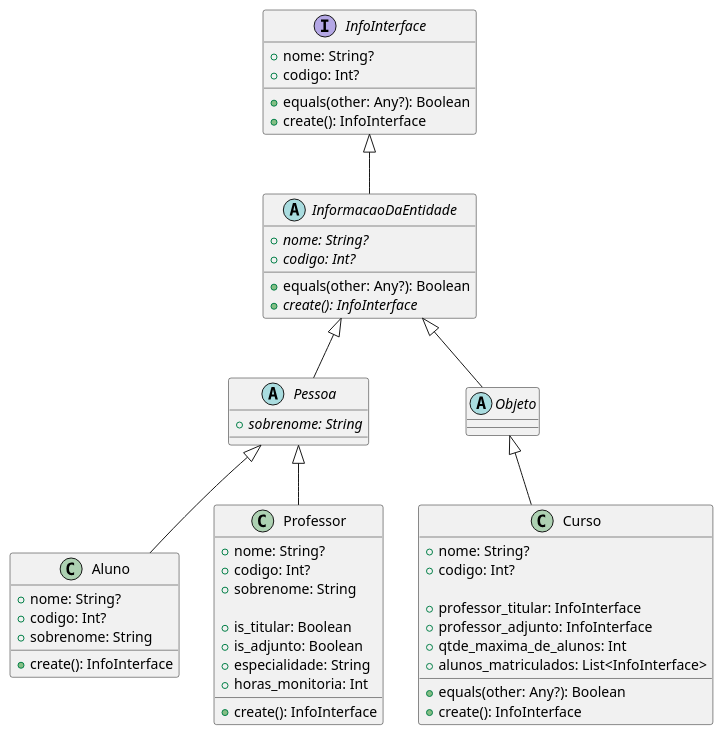
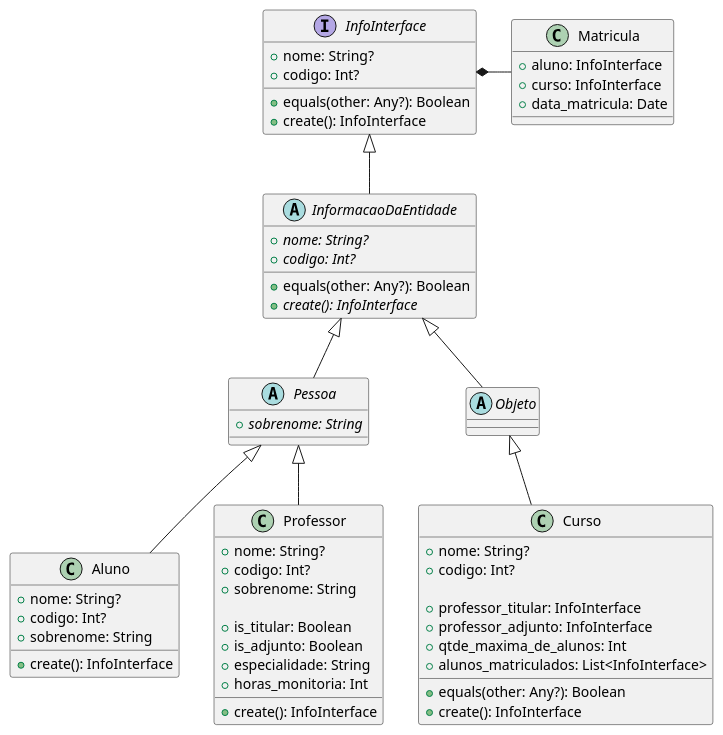
Before and after one commit to giovani-dev/Sistema-Escolar: the diagram in docs/class.puml, drawn with PlantUML. The commit also changed 1 other file, not shown here.

Commit message:
Feat: Matricula

```diff
--- a/docs/class.puml
+++ b/docs/class.puml
@@ -1,75 +1,75 @@
 @startuml
 
 interface InfoInterface {
     + nome: String?
     + codigo: Int?
 
     + equals(other: Any?): Boolean
     + create(): InfoInterface
 }
 
 abstract InformacaoDaEntidade {
     + {abstract} nome: String?
     + {abstract} codigo: Int?
 
     + equals(other: Any?): Boolean
     + {abstract} create(): InfoInterface
 }
 InfoInterface <|-- InformacaoDaEntidade
 
 abstract Pessoa {
     + {abstract} sobrenome: String
 }
 
 class Aluno {
     + nome: String?
     + codigo: Int?
     + sobrenome: String
     + create(): InfoInterface
 }
 
 InformacaoDaEntidade <|-- Pessoa
 Pessoa <|-- Aluno
 
 abstract Objeto
 
 class Curso {
     + nome: String?
     + codigo: Int?
 
     + professor_titular: InfoInterface
     + professor_adjunto: InfoInterface
     + qtde_maxima_de_alunos: Int
     + alunos_matriculados: List<InfoInterface>
 
     + equals(other: Any?): Boolean
     + create(): InfoInterface
 }
 
 InformacaoDaEntidade <|-- Objeto
 Objeto <|-- Curso
 
 class Professor {
     + nome: String?
     + codigo: Int?
     + sobrenome: String
 
     + is_titular: Boolean
     + is_adjunto: Boolean
     + especialidade: String
     + horas_monitoria: Int
 
     + create(): InfoInterface
 }
 
 Pessoa <|-- Professor
 
-'class Matricula {
-'    + aluno: InfoInterface
-'    + curso: InfoInterface
-'    + data_matricula: Date
-'}
-'
-'InfoInterface *- Matricula
+class Matricula {
+    + aluno: InfoInterface
+    + curso: InfoInterface
+    + data_matricula: Date
+}
+
+InfoInterface *- Matricula
 
 @enduml
```
